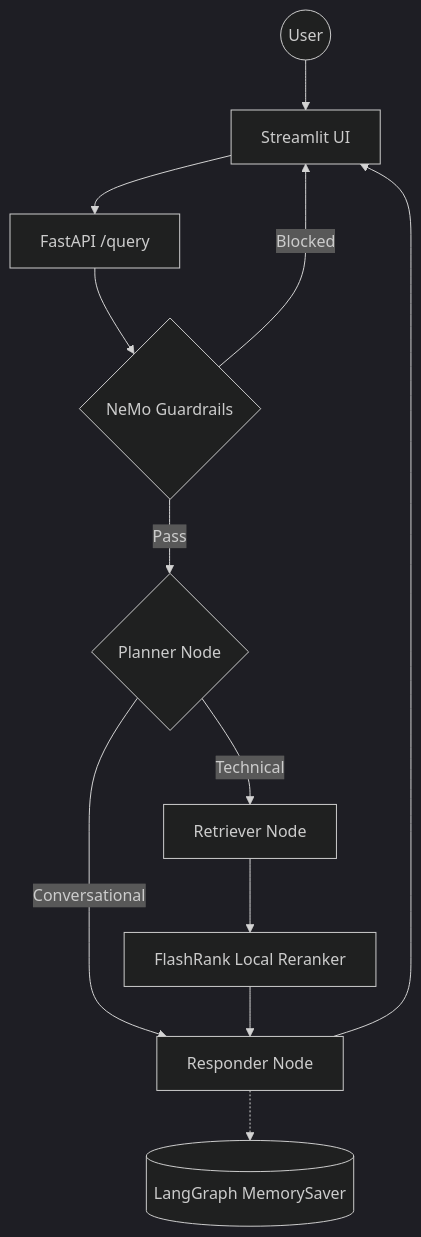
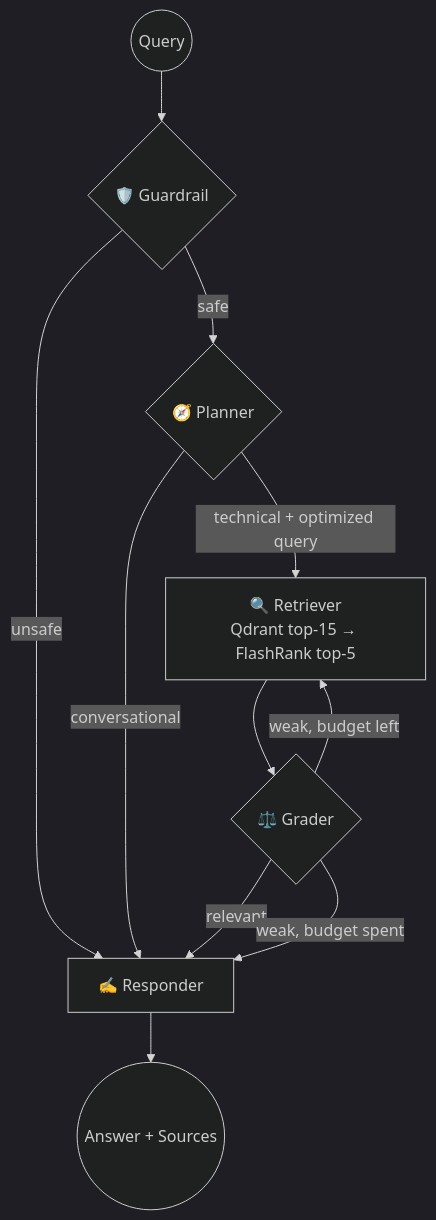
The diagram in README.md (Ashokultraai/enterprise-rag-with-gcp), drawn with Mermaid (dark theme) before and after one commit. The commit also changed other lines of this file, not shown here.

First line of the commit message:
docs: rewrite README to reflect the real local-first agentic RAG system

````diff
--- a/README.md
+++ b/README.md
@@ -19,14 +26,13 @@
 ```mermaid
 graph TD
-    User((User)) --> UI[Streamlit UI]
-    UI --> API[FastAPI /query]
-    API --> Guard{NeMo Guardrails}
-    Guard -->|Blocked| UI
-    Guard -->|Pass| Planner{Planner Node}
-    Planner -->|Conversational| Responder[Responder Node]
-    Planner -->|Technical| Retriever[Retriever Node]
-    Retriever --> Reranker[FlashRank Local Reranker]
-    Reranker --> Responder
-    Responder --> UI
-    Responder -.-> Memory[(LangGraph MemorySaver)]
+    Start((Query)) --> Guard{🛡️ Guardrail}
+    Guard -->|unsafe| Resp[✍️ Responder]
+    Guard -->|safe| Plan{🧭 Planner}
+    Plan -->|conversational| Resp
+    Plan -->|technical + optimized query| Retr[🔍 Retriever<br/>Qdrant top-15 → FlashRank top-5]
+    Retr --> Grade{⚖️ Grader}
+    Grade -->|relevant| Resp
+    Grade -->|weak, budget left| Retr
+    Grade -->|weak, budget spent| Resp
+    Resp --> End((Answer + Sources))
 ```
````
